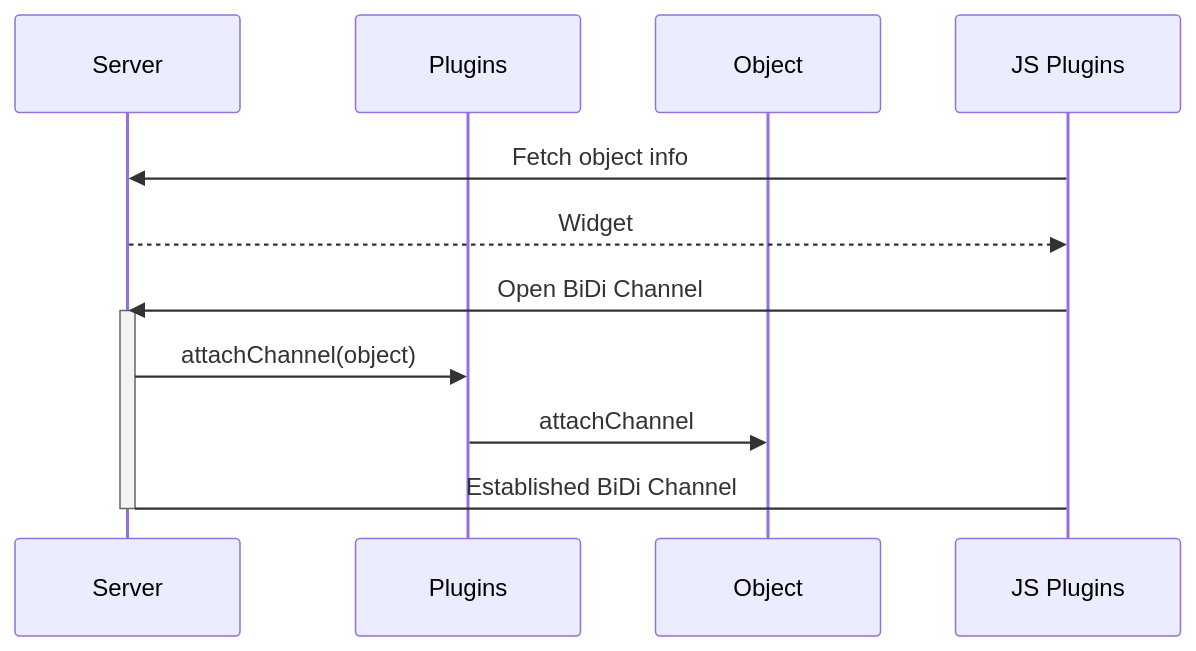
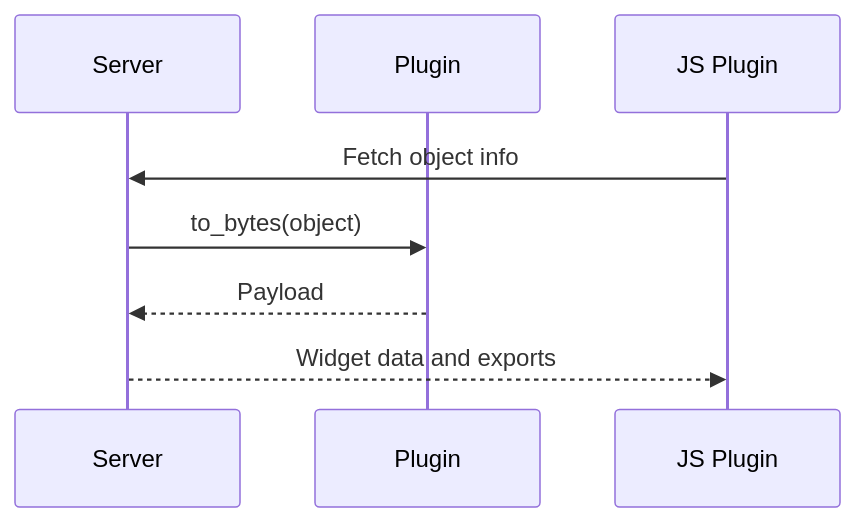
One commit to deephaven/deephaven-js-plugins changed the second of 3 diagrams in ARCHITECTURE.md. Above: the diagram before and after it, drawn with Mermaid. The commit also changed other lines of this file, not shown here.

Commit message:
Update to match final bidi architecture

````diff
--- a/ARCHITECTURE.md
+++ b/ARCHITECTURE.md
@@ -30,15 +49,10 @@
 ```mermaid
 sequenceDiagram
   participant S as Server
-  participant P as Plugins
-  participant O as Object
-  participant J as JS Plugins
+  participant P as Plugin
+  participant J as JS Plugin
   J ->> S: Fetch object info
-  S -->> J: Widget
-  J ->> S: Open BiDi Channel
-  activate S
-  S ->> P: attachChannel(object)
-  P ->> O: attachChannel
-  S -> J: Established BiDi Channel
-  deactivate S
+  S ->> P: to_bytes(object)
+  P -->> S: Payload
+  S -->> J: Widget data and exports
 ```
````
